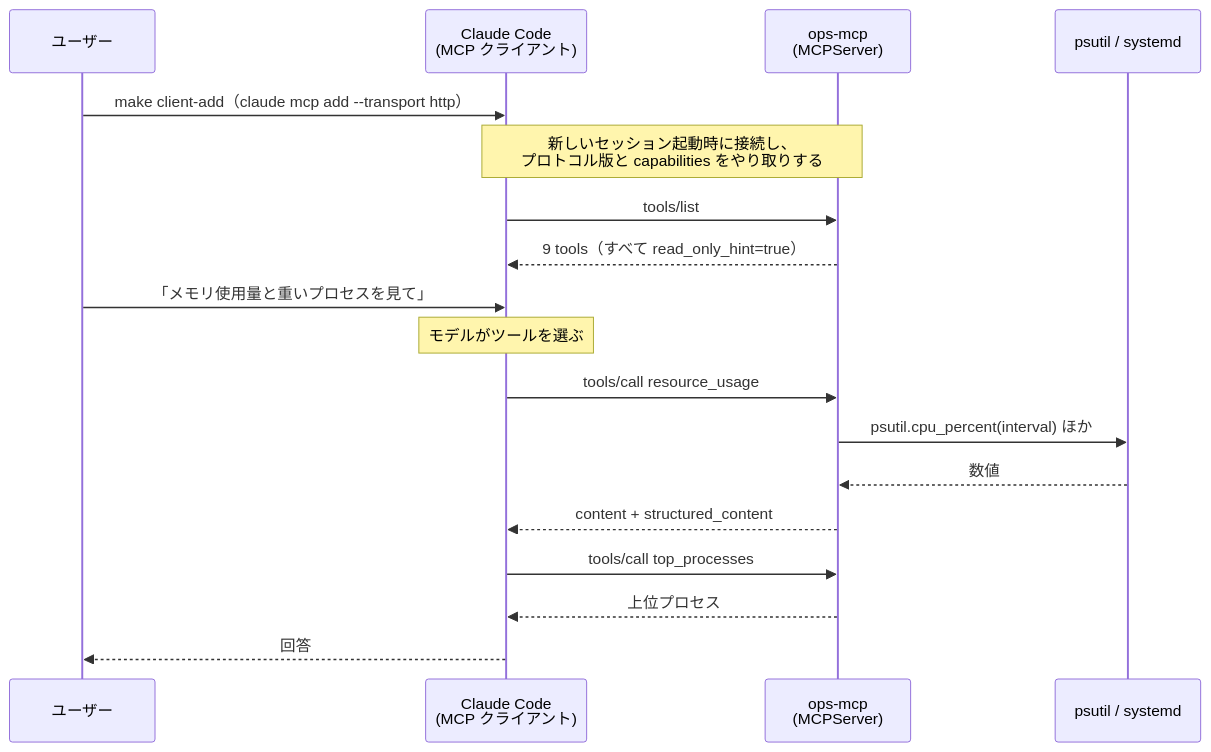
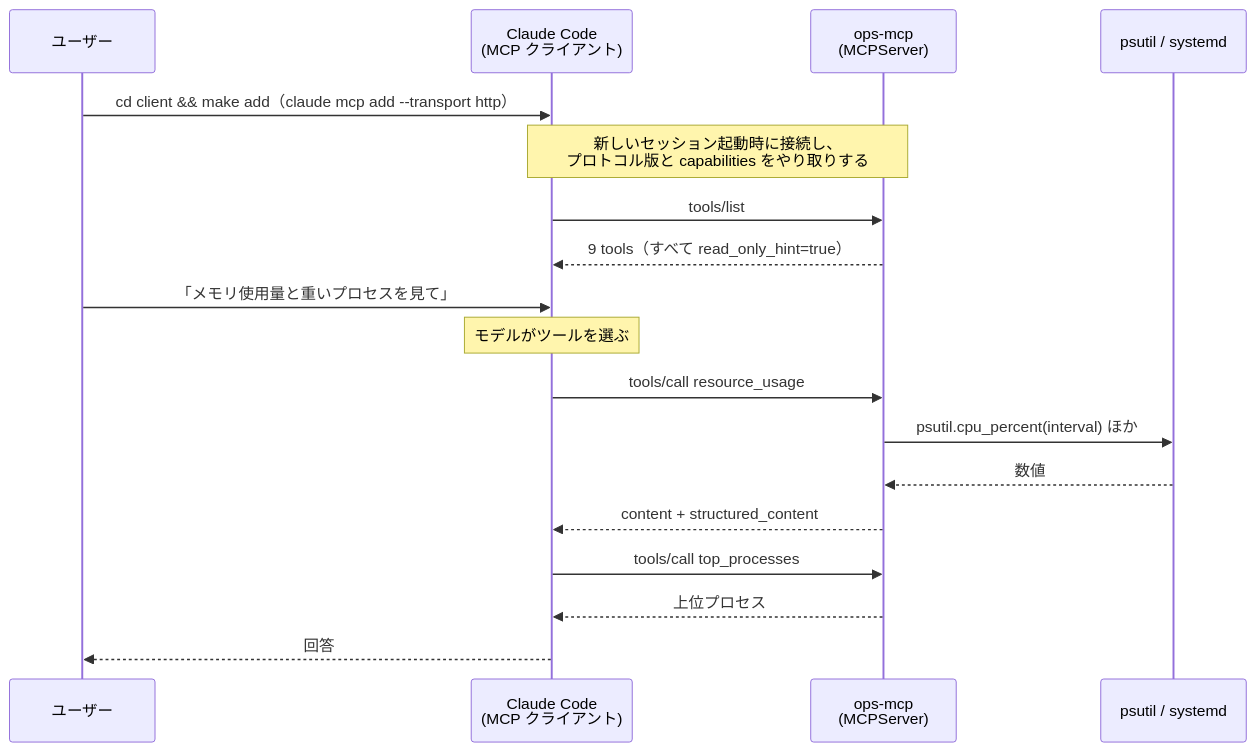
Before and after one commit to YitKubo/poc_mcp: the third of 4 diagrams in docs/00-architecture.md, drawn with Mermaid. The commit also changed other lines of this file and 14 other files, not shown here.

````diff
--- a/docs/00-architecture.md
+++ b/docs/00-architecture.md
@@ -68,20 +68,20 @@
 ```mermaid
 sequenceDiagram
   participant U as ユーザー
   participant C as Claude Code<br/>(MCP クライアント)
   participant S as ops-mcp<br/>(MCPServer)
   participant K as psutil / systemd
-  U->>C: make client-add（claude mcp add --transport http）
+  U->>C: cd client && make add（claude mcp add --transport http）
   Note over C,S: 新しいセッション起動時に接続し、<br/>プロトコル版と capabilities をやり取りする
   C->>S: tools/list
   S-->>C: 9 tools（すべて read_only_hint=true）
   U->>C: 「メモリ使用量と重いプロセスを見て」
   Note over C: モデルがツールを選ぶ
   C->>S: tools/call resource_usage
   S->>K: psutil.cpu_percent(interval) ほか
   K-->>S: 数値
   S-->>C: content + structured_content
   C->>S: tools/call top_processes
   S-->>C: 上位プロセス
   C-->>U: 回答
 ```
````
